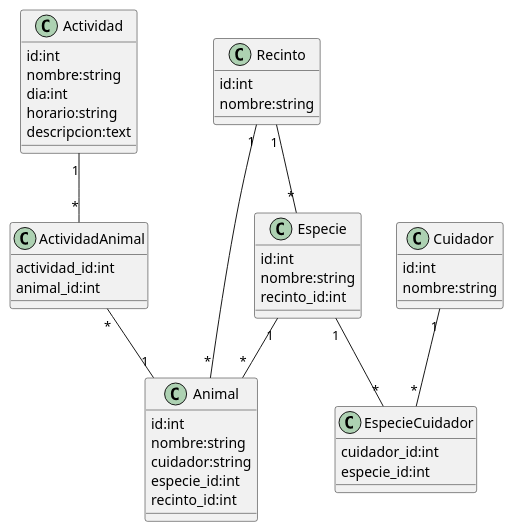
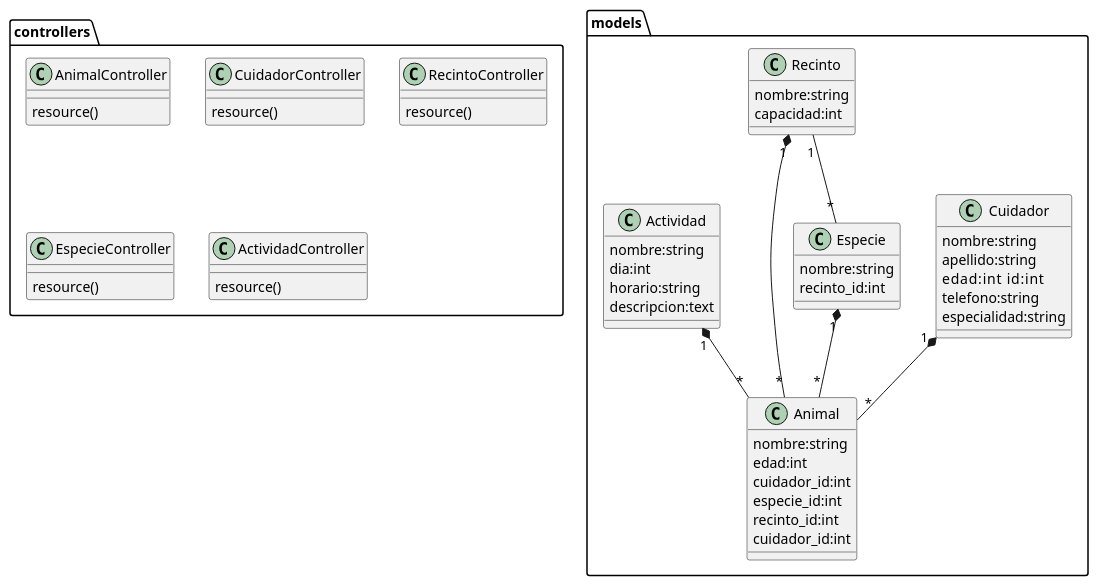
Before and after one commit to DiogoAlip/uml-final: the diagram in plantuml.pu, drawn with PlantUML. The commit also changed 41 other files, not shown here.

Commit message:
feat: migrations models controllers added

```diff
--- a/plantuml.pu
+++ b/plantuml.pu
@@ -1,58 +1,55 @@
 @startuml 
-class Animal{
-    id:int
+class models.Animal{
     nombre:string
-    cuidador:string 
+    edad:int
+    cuidador_id:int 
     especie_id:int
     recinto_id:int
+    cuidador_id:int
 }
  
-class Cuidador{
-    id:int
+class models.Cuidador{
     nombre:string
-    
+    apellido:string
+    edad:int    id:int
+    telefono:string
+    especialidad:string
 }
-class Recinto{
-    id:int
+class models.Recinto{
     nombre:string
+    capacidad:int
 }
-class Especie{
-    id:int
+class models.Especie{
     nombre:string
     recinto_id:int
 }
  
-class Actividad{
-    id:int
+class models.Actividad{
     nombre:string
     dia:int
     horario:string 
     descripcion:text
-
 }
 
-class ActividadAnimal{
-    actividad_id:int
-    animal_id:int
+class controllers.AnimalController{
+    resource()
 }
-class EspecieCuidador{
-    cuidador_id:int
-    especie_id:int
+class controllers.CuidadorController{
+    resource()
+}
+class controllers.RecintoController{
+    resource()
+}
+class controllers.EspecieController{
+    resource()
+}
+class controllers.ActividadController{
+    resource()
 }
 
-
-
-
- 
- 
-Actividad  "1"--"*" ActividadAnimal
-ActividadAnimal "*"--"1" Animal 
-Cuidador "1"--"*" EspecieCuidador
-Especie "1"--"*" EspecieCuidador
-Especie "1"--"*" Animal
-Recinto "1"--"*" Especie 
-
-Recinto "1"--"*" Animal
-
-
+models.Especie "1"*--"*" models.Animal
+models.Recinto "1"--"*" models.Especie
+models.Recinto "1"*--"*" models.Animal
+models.Cuidador "1"*--"*" models.Animal
+models.Actividad "1"*--"*" models.Animal
 @enduml
```
